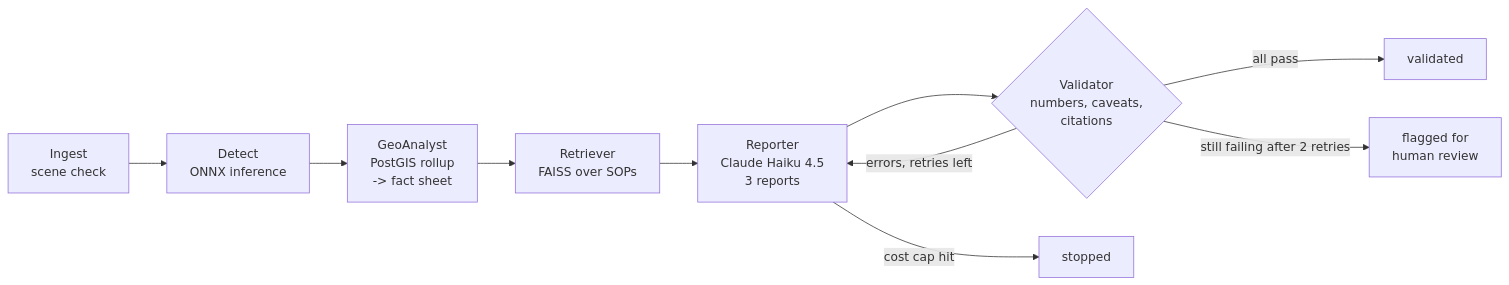
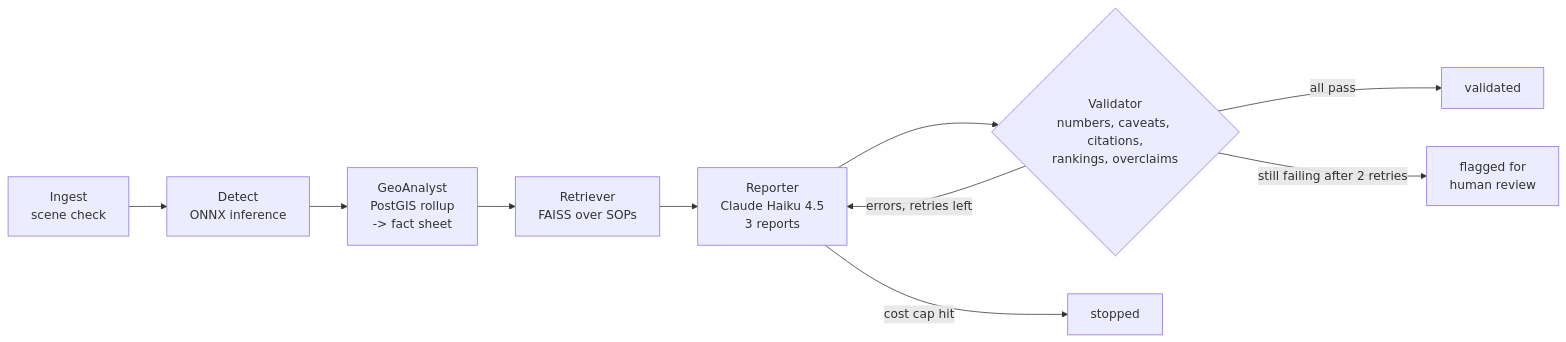
One commit to bhavishyabondalapati/impactlens changed the diagram in docs/AGENTS.md. Above: the diagram before and after it, drawn with Mermaid. The commit also changed other lines of this file and 3 other files, not shown here.

````diff
--- a/docs/AGENTS.md
+++ b/docs/AGENTS.md
@@ -16,12 +16,12 @@
 ```mermaid
 flowchart LR
     I[Ingest<br/>scene check] --> D[Detect<br/>ONNX inference]
     D --> G[GeoAnalyst<br/>PostGIS rollup<br/>-> fact sheet]
     G --> R[Retriever<br/>FAISS over SOPs]
     R --> W[Reporter<br/>Claude Haiku 4.5<br/>3 reports]
-    W --> V{Validator<br/>numbers, caveats,<br/>citations}
+    W --> V{Validator<br/>numbers, caveats, citations,<br/>rankings, overclaims}
     V -- all pass --> OK[validated]
     V -- errors, retries left --> W
     V -- still failing after 2 retries --> H[flagged for<br/>human review]
     W -- cost cap hit --> S[stopped]
 ```
````
